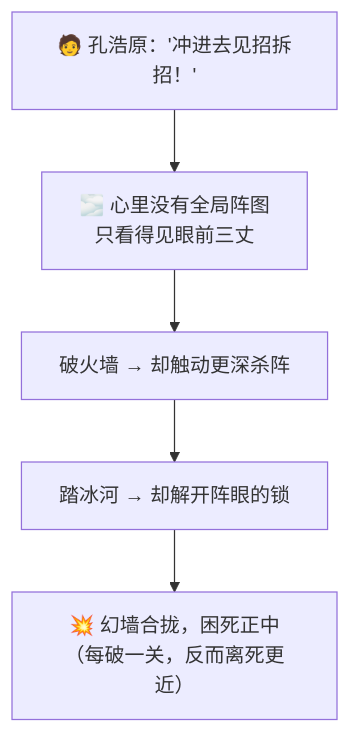
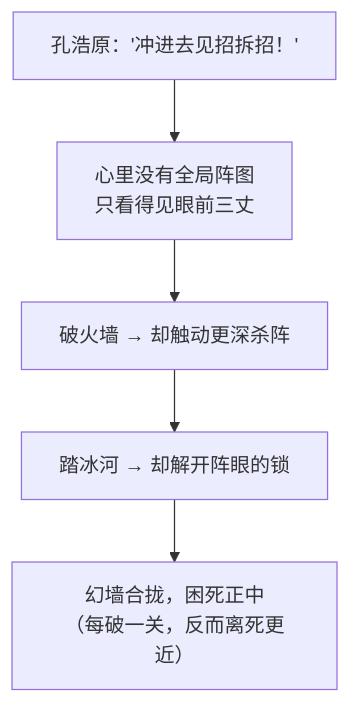
The first of 2 diagrams in docs/09_STORY_修仙学AI/STORY-番外/[STORY-番外-109] 番外10·先谋后动·分段克敌.md (luckykhy/KhyAiHub), drawn with Mermaid before and after one commit. The commit also changed other lines of this file and 19 other files, not shown here.

````diff
--- a/docs/09_STORY_修仙学AI/STORY-番外/[STORY-番外-109] 番外10·先谋后动·分段克敌.md
+++ b/docs/09_STORY_修仙学AI/STORY-番外/[STORY-番外-109] 番外10·先谋后动·分段克敌.md
@@ -35,7 +35,7 @@
 ```mermaid
 flowchart TB
-  YE["🧑 孔浩原：'冲进去见招拆招！'"] --> BLIND["🌫️ 心里没有全局阵图<br/>只看得见眼前三丈"]
+  YE["孔浩原：'冲进去见招拆招！'"] --> BLIND["心里没有全局阵图<br/>只看得见眼前三丈"]
   BLIND --> R1["破火墙 → 却触动更深杀阵"]
   R1 --> R2["踏冰河 → 却解开阵眼的锁"]
-  R2 --> TRAP["💥 幻墙合拢，困死正中<br/>（每破一关，反而离死更近）"]
+  R2 --> TRAP["幻墙合拢，困死正中<br/>（每破一关，反而离死更近）"]
 ```
````
